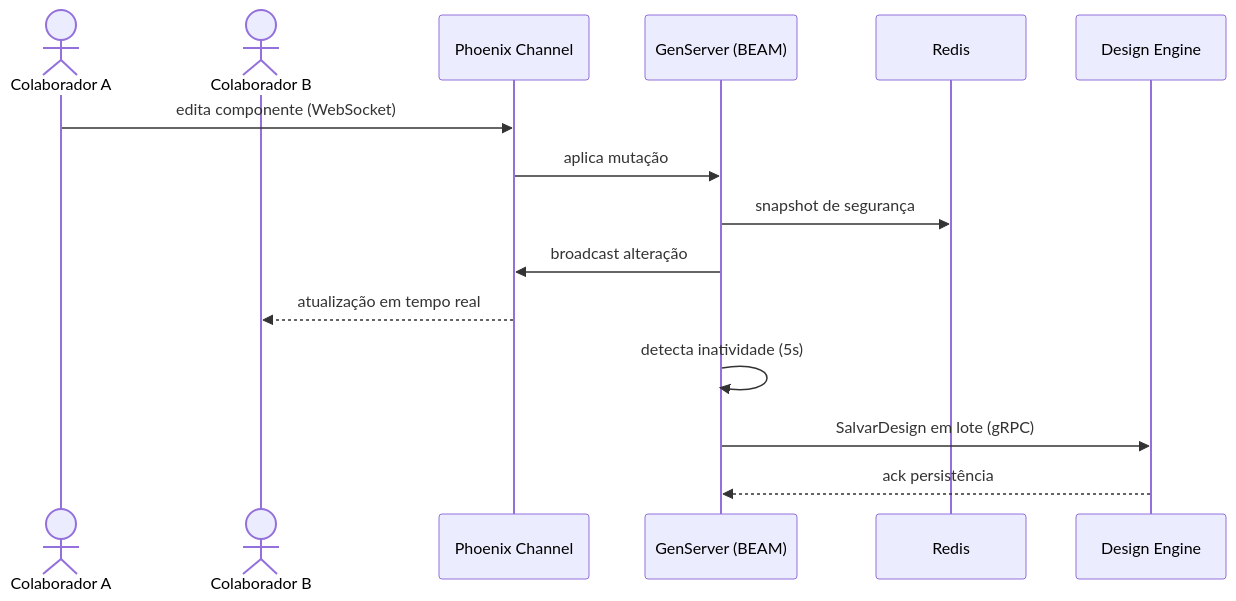
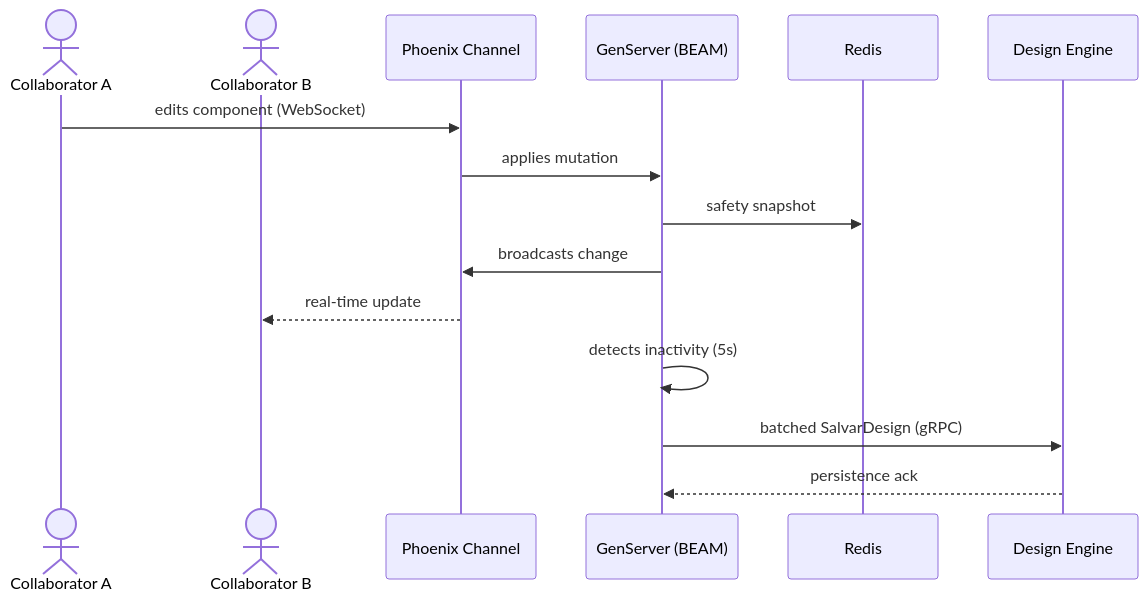
Before and after one commit to GiovaniRodrigo/arquitetura-mach-saas-nocode: the third of 4 diagrams in specs/001-construtor-sistemas-mach-v4/spec.md, drawn with Mermaid. The commit also changed other lines of this file and 86 other files, not shown here.

````diff
--- a/specs/001-construtor-sistemas-mach-v4/spec.md
+++ b/specs/001-construtor-sistemas-mach-v4/spec.md
@@ -186,18 +186,18 @@
 ```mermaid
 sequenceDiagram
-    actor userA as Colaborador A
-    actor userB as Colaborador B
+    actor userA as Collaborator A
+    actor userB as Collaborator B
     participant channel as Phoenix Channel
     participant genserver as GenServer (BEAM)
     participant redis as Redis
     participant design as Design Engine
 
-    userA->>channel: edita componente (WebSocket)
-    channel->>genserver: aplica mutação
-    genserver->>redis: snapshot de segurança
-    genserver->>channel: broadcast alteração
-    channel-->>userB: atualização em tempo real
-    genserver->>genserver: detecta inatividade (5s)
-    genserver->>design: SalvarDesign em lote (gRPC)
-    design-->>genserver: ack persistência
+    userA->>channel: edits component (WebSocket)
+    channel->>genserver: applies mutation
+    genserver->>redis: safety snapshot
+    genserver->>channel: broadcasts change
+    channel-->>userB: real-time update
+    genserver->>genserver: detects inactivity (5s)
+    genserver->>design: batched SalvarDesign (gRPC)
+    design-->>genserver: persistence ack
 ```
````
